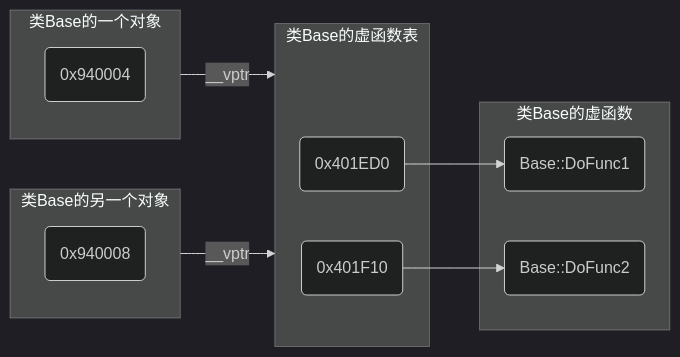
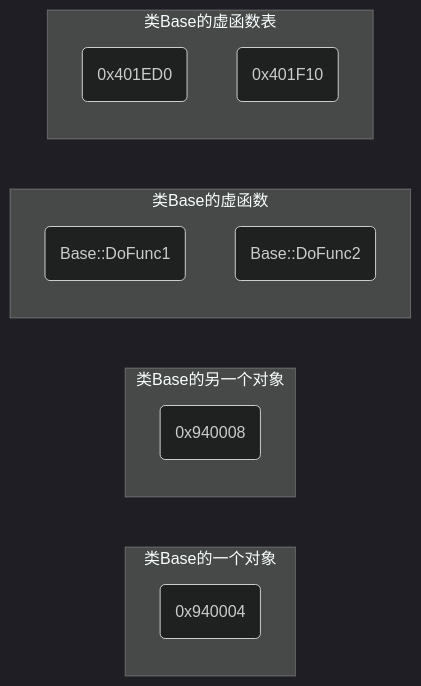
The second of 2 diagrams in Language/C&C++/C++/OOP/多态/2024-09-10-虚函数.md (dmjcb/SelfBlog), drawn with Mermaid (dark theme) before and after one commit. The commit also changed other lines of this file and 224 other files, not shown here.

````diff
--- a/Language/C&C++/C++/OOP/多态/2024-09-10-虚函数.md
+++ b/Language/C&C++/C++/OOP/多态/2024-09-10-虚函数.md
@@ -103,26 +101,22 @@
 ```mermaid
 graph LR
     subgraph 类Base的一个对象
         E(0x940004)   
     end
 
     subgraph 类Base的另一个对象
         F(0x940008)   
     end
 
     subgraph 类Base的虚函数
         A(Base::DoFunc1) 
         B(Base::DoFunc2)
     end
 
     subgraph 类Base的虚函数表
         C(0x401ED0)
         D(0x401F10)
 
-        C-->A
-        D-->B
     end
 
-    类Base的一个对象--__vptr-->类Base的虚函数表
-    类Base的另一个对象--__vptr-->类Base的虚函数表
 ```
````
